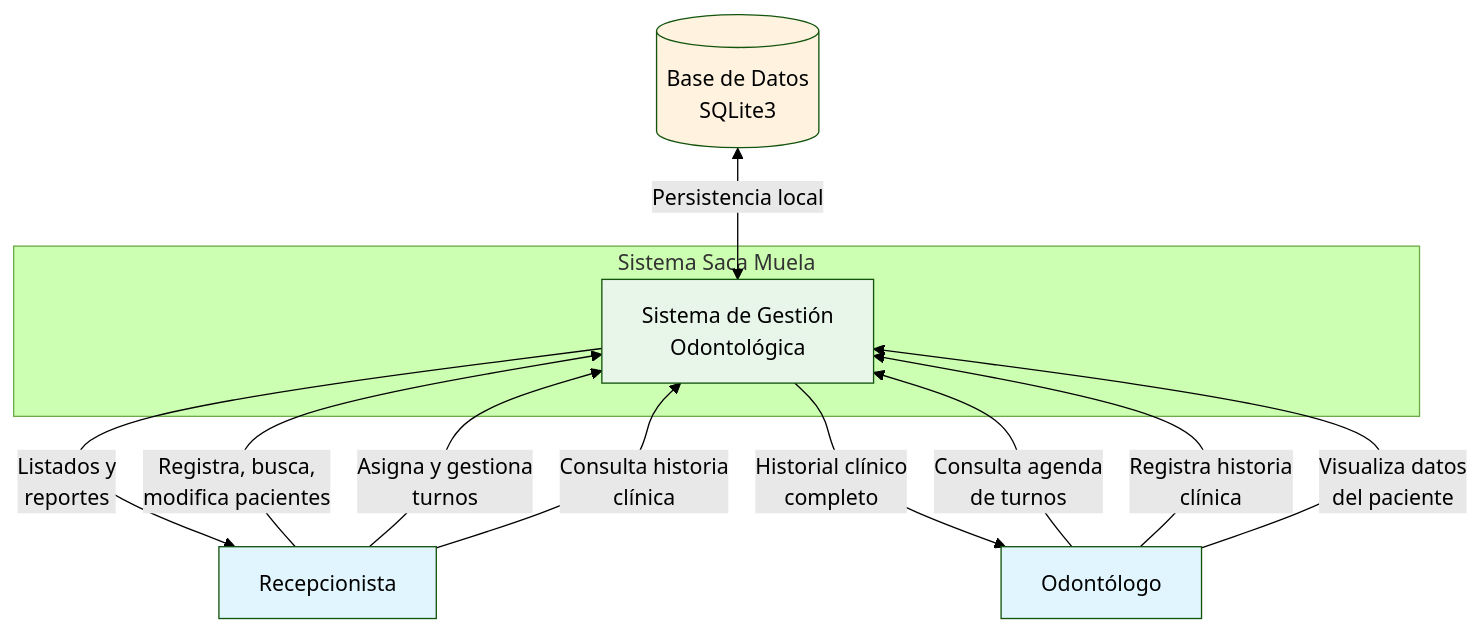
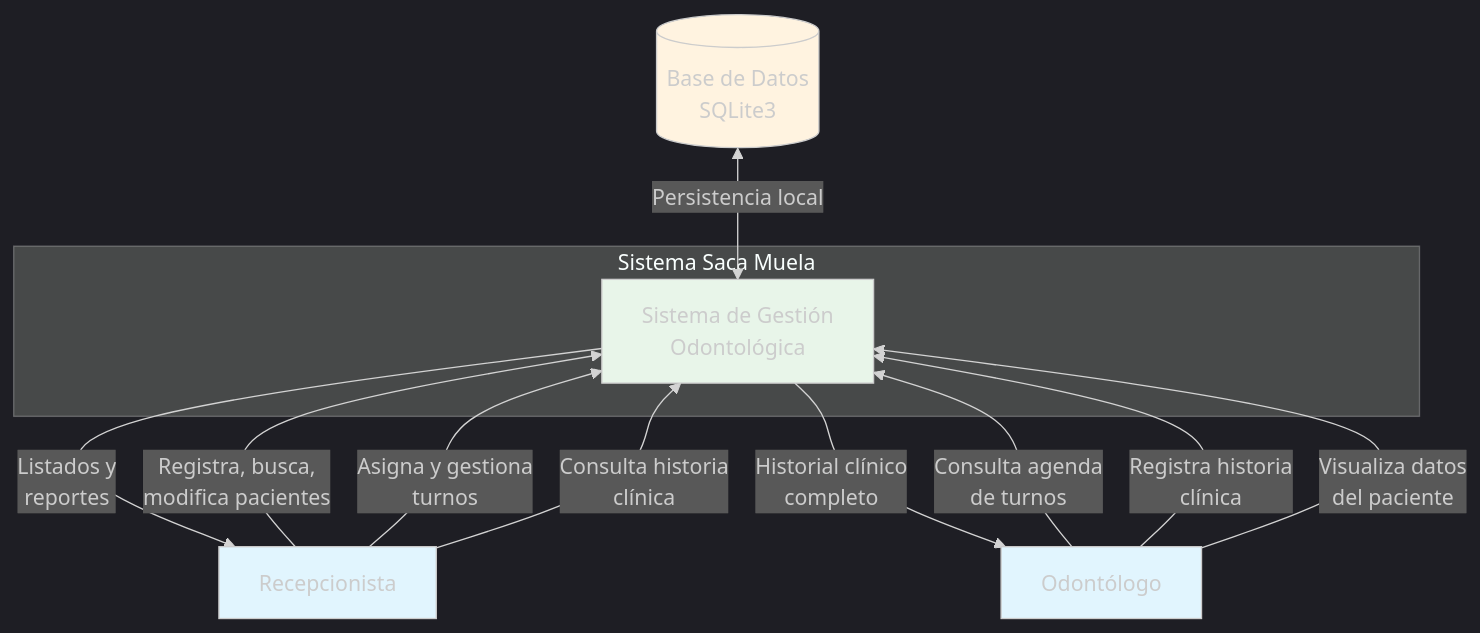
Before and after one commit to estebanmatias92/tecnicatura-algoritmos-y-estructuras-de-datos-ii: the diagram in 30-assignments/2026-06-03/code/docs/diagrama-de-contexto.md, drawn with Mermaid.

Commit message:
Changing mermaid themes for dark background constrast

````diff
--- a/30-assignments/2026-06-03/code/docs/diagrama-de-contexto.md
+++ b/30-assignments/2026-06-03/code/docs/diagrama-de-contexto.md
@@ -5,28 +5,25 @@
 ```mermaid
----
-config:
-  theme: 'forest'
----
+%%{init: {'theme': 'dark'}}%%
 graph TD
     subgraph "Sistema Saca Muela"
         SM[Sistema de Gestión<br>Odontológica]
     end
 
     A[Recepcionista] -->|Registra, busca,<br>modifica pacientes| SM
     A -->|Asigna y gestiona<br>turnos| SM
     A -->|Consulta historia<br>clínica| SM
 
     B[Odontólogo] -->|Consulta agenda<br>de turnos| SM
     B -->|Registra historia<br>clínica| SM
     B -->|Visualiza datos<br>del paciente| SM
 
     DB[(Base de Datos<br>SQLite3)] <-->|Persistencia local| SM
 
     SM -->|Listados y<br>reportes| A
     SM -->|Historial clínico<br>completo| B
 
     style A fill:#e1f5fe
     style B fill:#e1f5fe
     style DB fill:#fff3e0
     style SM fill:#e8f5e9
 ```
````
